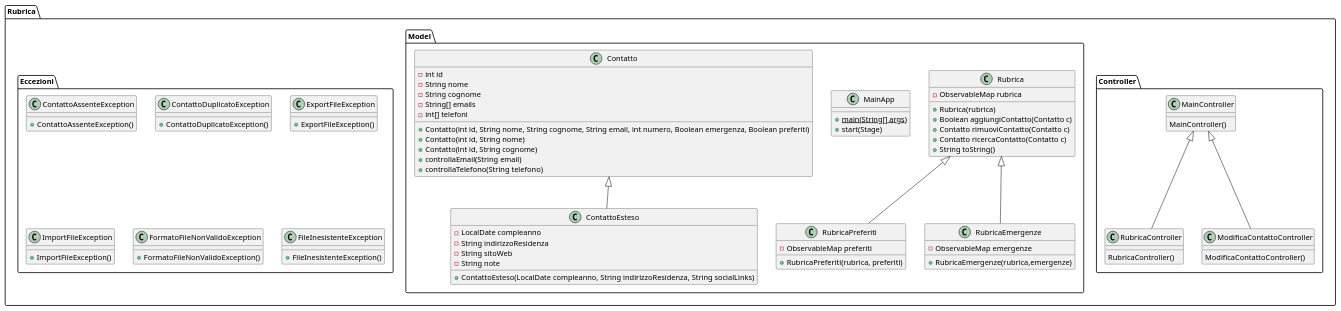
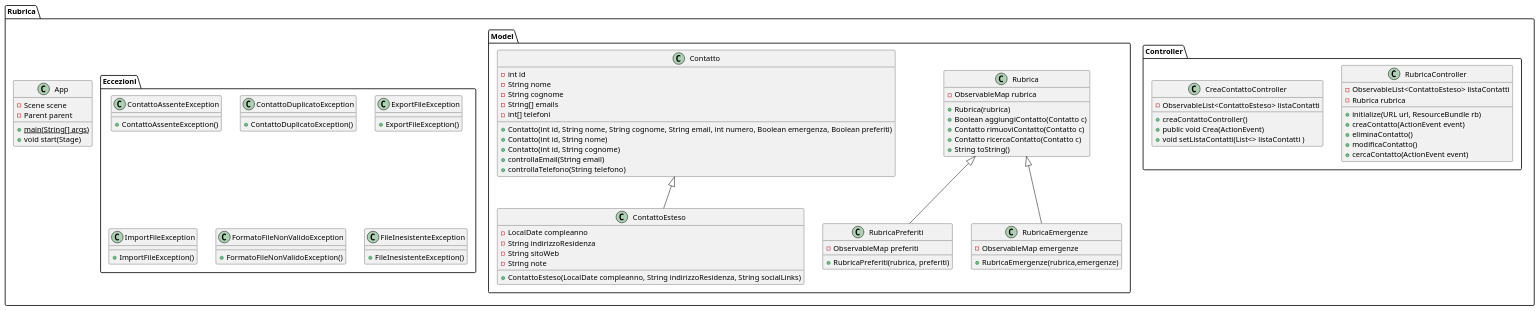
The diagram in docs/bozze/Diagrammi/Classi2/DiagrammiClassi.puml (emanueletocci/uni-swe-project), drawn with PlantUML before and after one commit. The commit also changed 1 other file, not shown here.

Commit message:
Aggiornamento (bozze) diagrammi di classe e aggiunta diagrammi package

```diff
--- a/docs/bozze/Diagrammi/Classi2/DiagrammiClassi.puml
+++ b/docs/bozze/Diagrammi/Classi2/DiagrammiClassi.puml
@@ -1,85 +1,91 @@
 @startuml
 package Rubrica {
+        class App {
+            - Scene scene
+            - Parent parent
+            + {static} main(String[] args)
+            + void start(Stage)
+        }
     package Controller{
-        class MainController{
-            MainController()
+        class RubricaController{
+            - ObservableList<ContattoEsteso> listaContatti 
+            - Rubrica rubrica
+            + initialize(URL url, ResourceBundle rb)
+            + creaContatto(ActionEvent event)
+            + eliminaContatto()
+            + modificaContatto()
+            + cercaContatto(ActionEvent event)
         }
-        class RubricaController{
-            RubricaController()
+        class CreaContattoController{
+            - ObservableList<ContattoEsteso> listaContatti 
+            + creaContattoController()
+            + public void Crea(ActionEvent)
+            + void setListaContatti(List<> listaContatti )
         }
-        class ModificaContattoController{
-            ModificaContattoController()
-        }
-        MainController <|-- RubricaController
-        MainController <|-- ModificaContattoController
     }
     package Model{
         class Rubrica{
             - ObservableMap rubrica
             + Rubrica(rubrica)
             + Boolean aggiungiContatto(Contatto c)
             + Contatto rimuoviContatto(Contatto c)
             + Contatto ricercaContatto(Contatto c)
             + String toString()
         }
         class RubricaPreferiti{
             - ObservableMap preferiti
             + RubricaPreferiti(rubrica, preferiti)
         }
         class RubricaEmergenze{
             - ObservableMap emergenze
             + RubricaEmergenze(rubrica,emergenze)
-        }
-        class MainApp {
-            + {static} main(String[] args)
-            + start(Stage)
         }
 
         class Contatto{
             - int id
             - String nome
             - String cognome
             - String[] emails
             - int[] telefoni
             + Contatto(int id, String nome, String cognome, String email, int numero, Boolean emergenza, Boolean preferiti)
             + Contatto(int id, String nome)
             + Contatto(int id, String cognome)
             + controllaEmail(String email)
             + controllaTelefono(String telefono)
         }
         class ContattoEsteso {
             - LocalDate compleanno
             - String indirizzoResidenza
             - String sitoWeb
             - String note
             + ContattoEsteso(LocalDate compleanno, String indirizzoResidenza, String socialLinks)
 
         }
         Contatto <|-- ContattoEsteso
         Rubrica <|-- RubricaEmergenze
         Rubrica <|-- RubricaPreferiti
 
     }
 
   package Eccezioni {
     class ContattoAssenteException{
       + ContattoAssenteException()
     }
     class ContattoDuplicatoException{
       + ContattoDuplicatoException()
     }
     class ExportFileException{
       + ExportFileException()
     }
     class ImportFileException{
       + ImportFileException()
     }
     class FormatoFileNonValidoException{
         + FormatoFileNonValidoException()
     }
     class FileInesistenteException{
         + FileInesistenteException()
     }
   }
 }
 @enduml
```
